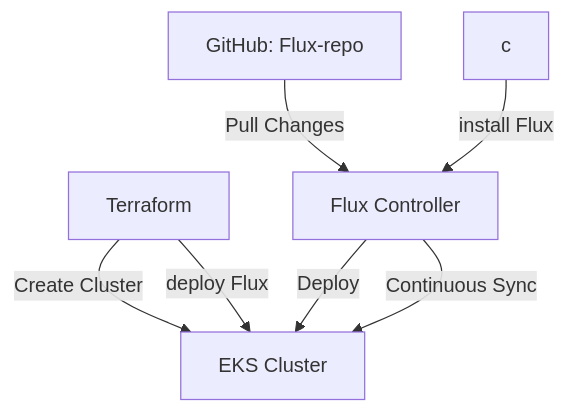
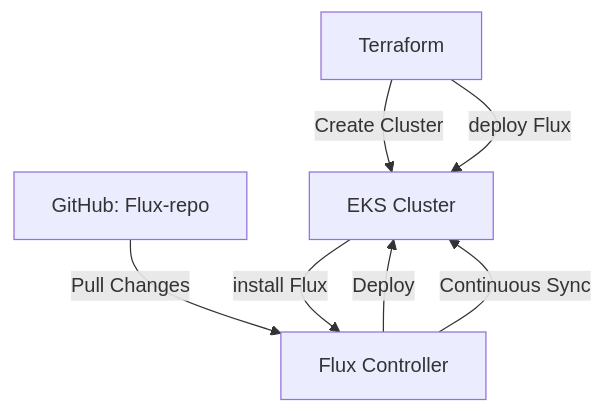
One commit to gvamsi2010/EKS_CLUSTER changed the diagram in README.md. Above: the diagram before and after it, drawn with Mermaid.

Commit message:
flux graph

````diff
--- a/README.md
+++ b/README.md
@@ -9,9 +9,9 @@
 ```mermaid
 graph TD
     E[Terraform] -->|Create Cluster| C[EKS Cluster]
     A[GitHub: Flux-repo] -->|Pull Changes| B[Flux Controller]
     B -->|Deploy| C[EKS Cluster]
     E -->|deploy Flux| C
-    c --> |install Flux| B
+    C --> |install Flux| B
     B -->|Continuous Sync| C
 ```
````
